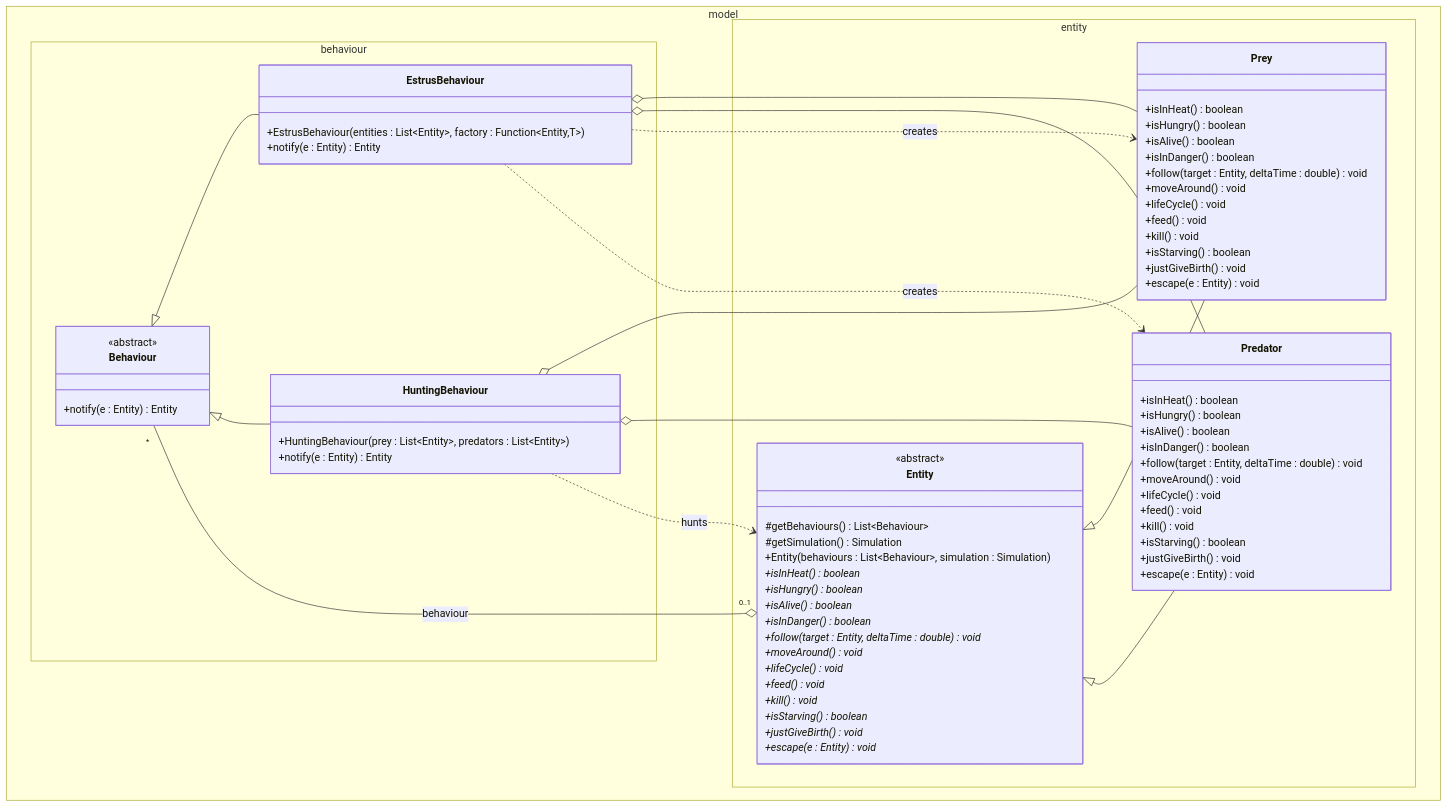
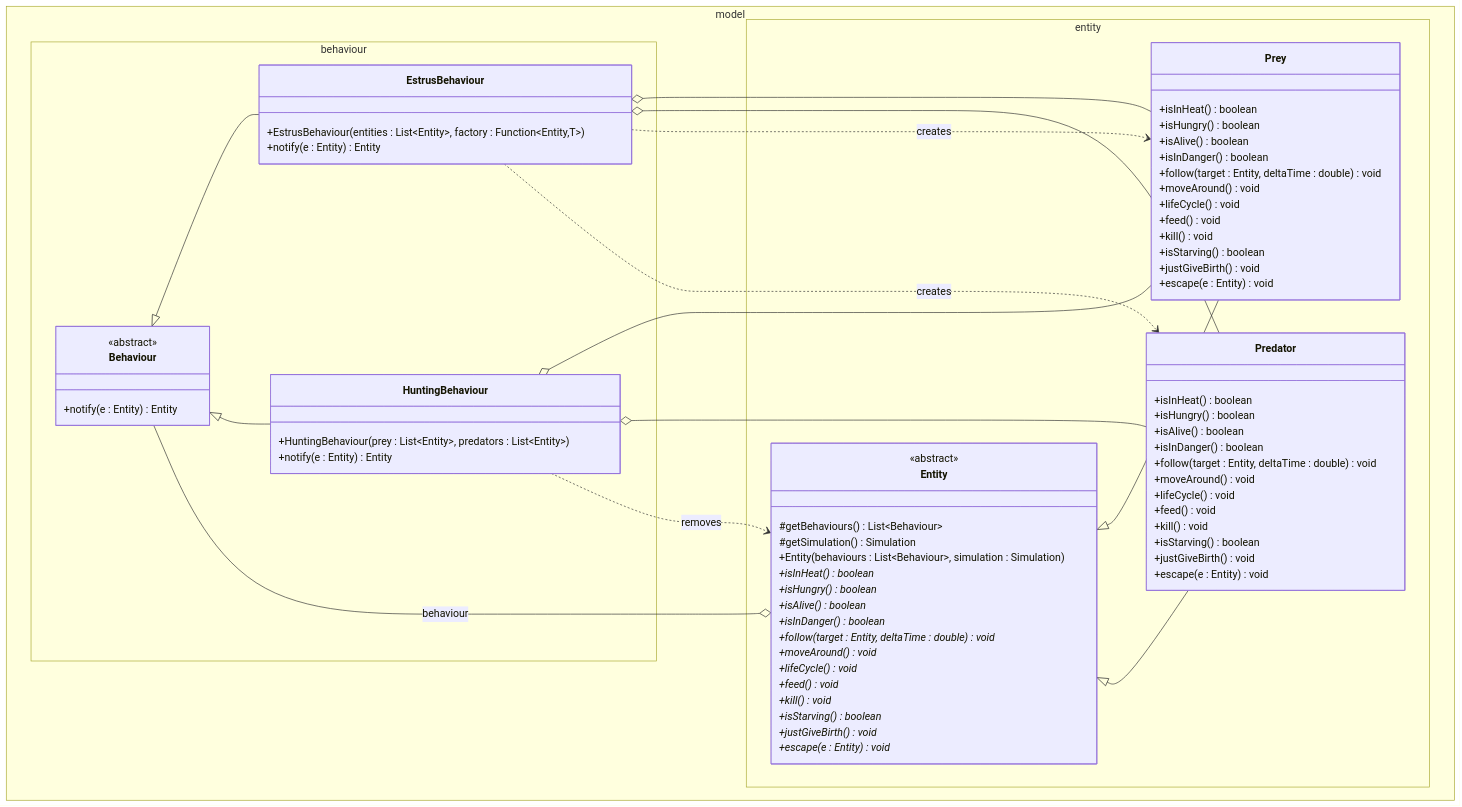
Before and after one commit to Nicolas-Aude/Lotka-Volterra-Model: the diagram in README.md, drawn with Mermaid.

Commit message:
minor:README change

````diff
--- a/README.md
+++ b/README.md
@@ -79,7 +79,7 @@
     Entity <|-- Predator
 
     %% Associations
-    Entity "0..1" o-- "*" Behaviour : behaviour
+    Entity o-- Behaviour : behaviour
     EstrusBehaviour o-- Prey
     EstrusBehaviour o-- Predator
     HuntingBehaviour o-- Prey
@@ -88,5 +88,5 @@
     %% Dépendances
     EstrusBehaviour ..> Prey : creates
     EstrusBehaviour ..> Predator : creates
-    HuntingBehaviour ..> Entity : hunts
+    HuntingBehaviour ..> Entity : removes
 ```
````
